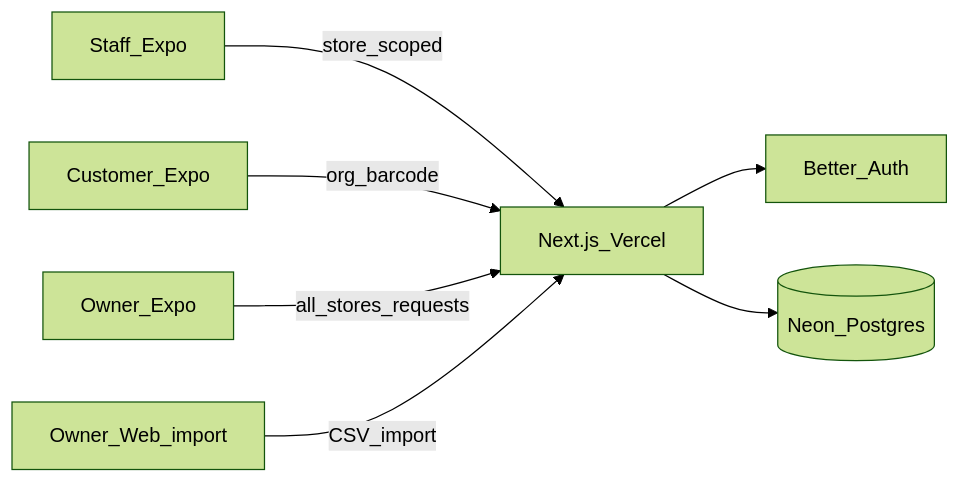
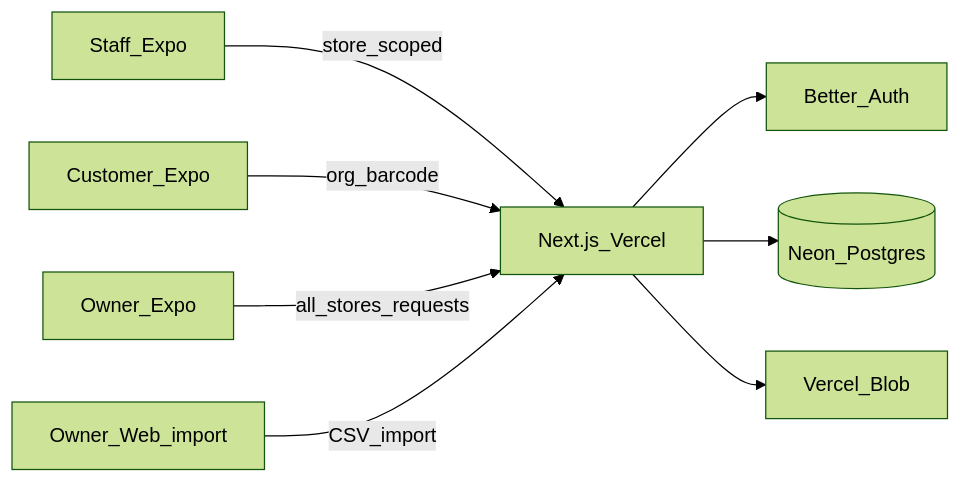
One commit to hemanthnarravula/off-licence-app changed the first of 2 diagrams in PLAN.md. Above: the diagram before and after it, drawn with Mermaid (forest theme). The commit also changed other lines of this file, not shown here.

First line of the commit message:
Add optional product images via Vercel Blob.

````diff
--- a/PLAN.md
+++ b/PLAN.md
@@ -22,9 +22,10 @@
 ```mermaid
 flowchart LR
   Staff[Staff_Expo] -->|store_scoped| API[Next.js_Vercel]
   Customer[Customer_Expo] -->|org_barcode| API
   Owner[Owner_Expo] -->|all_stores_requests| API
   OwnerWeb[Owner_Web_import] -->|CSV_import| API
   API --> Auth[Better_Auth]
   API --> DB[(Neon_Postgres)]
+  API --> Blob[Vercel_Blob]
 ```
````
